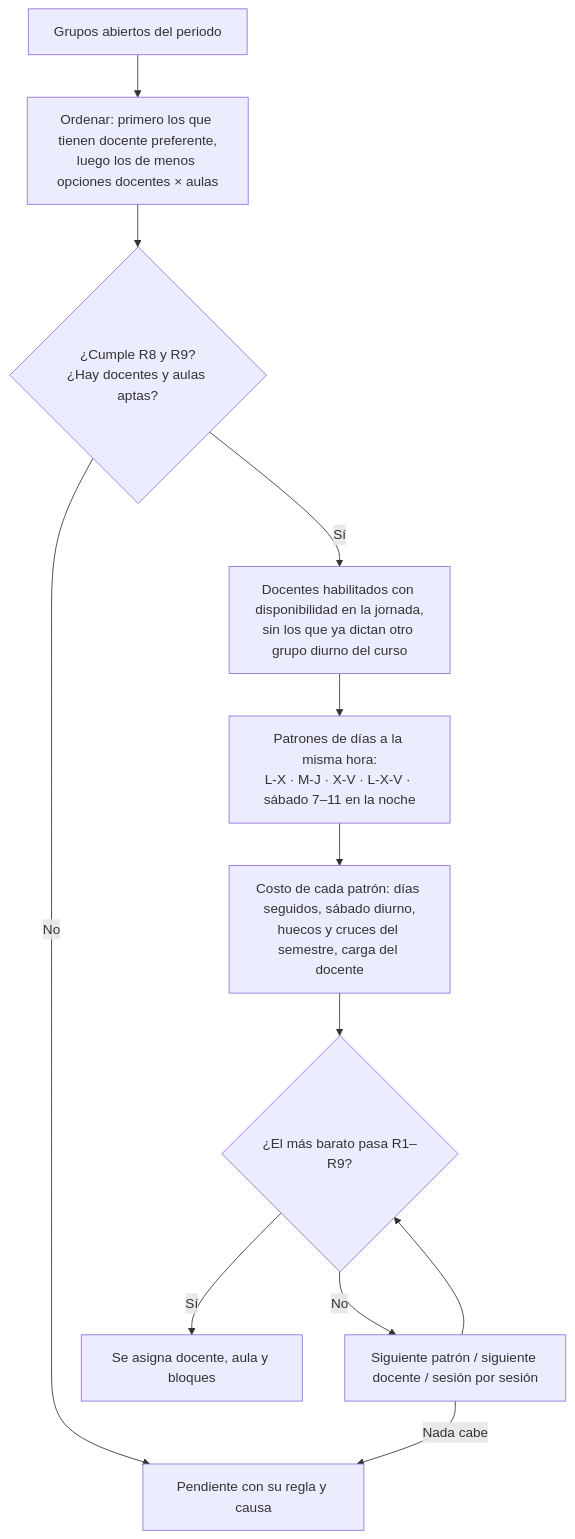
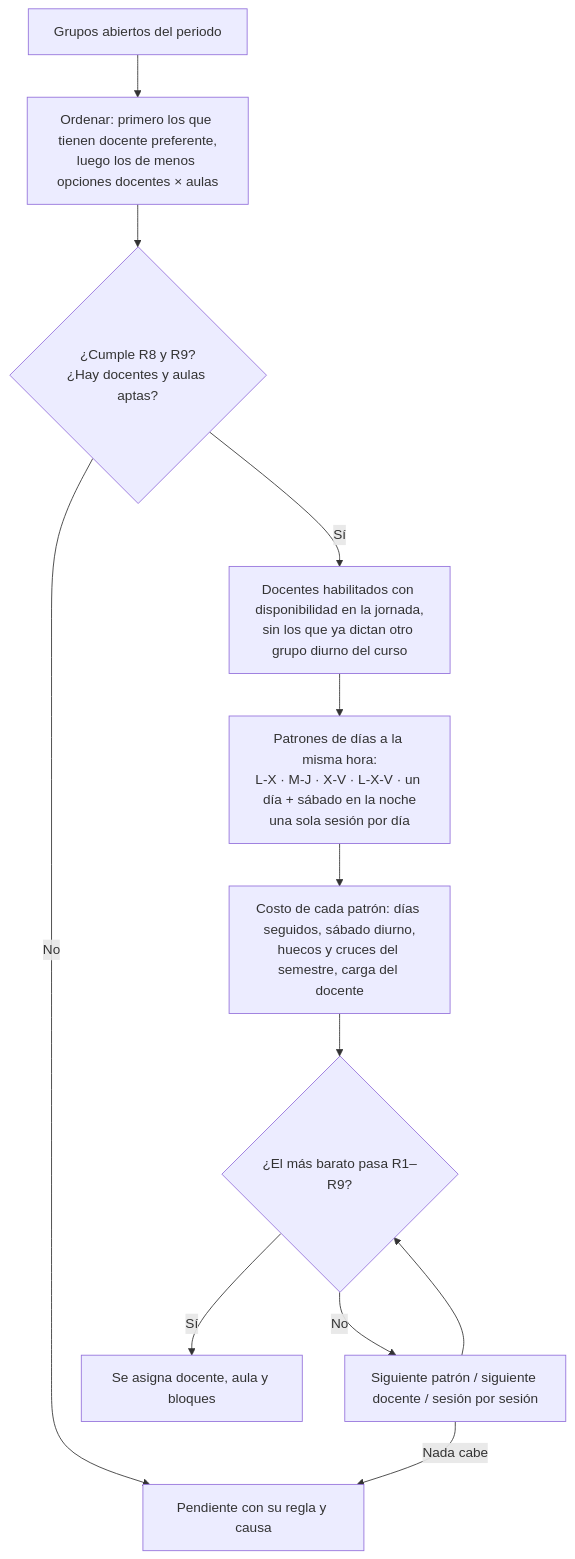
One commit to Chocax/horarios-ueb-prototipo-front changed the first of 2 diagrams in README.md. Above: the diagram before and after it, drawn with Mermaid. The commit also changed other lines of this file and 14 other files, not shown here.

````diff
--- a/README.md
+++ b/README.md
@@ -178,14 +181,14 @@
 ```mermaid
 flowchart TD
     A[Grupos abiertos del periodo] --> B[Ordenar: primero los que tienen docente preferente,<br>luego los de menos opciones docentes × aulas]
     B --> C{¿Cumple R8 y R9?<br>¿Hay docentes y aulas aptas?}
     C -- No --> P[Pendiente con su regla y causa]
     C -- Sí --> D[Docentes habilitados con disponibilidad en la jornada,<br>sin los que ya dictan otro grupo diurno del curso]
-    D --> E[Patrones de días a la misma hora:<br>L-X · M-J · X-V · L-X-V · sábado 7–11 en la noche]
+    D --> E[Patrones de días a la misma hora:<br>L-X · M-J · X-V · L-X-V · un día + sábado en la noche<br>una sola sesión por día]
     E --> F[Costo de cada patrón: días seguidos, sábado diurno,<br>huecos y cruces del semestre, carga del docente]
     F --> G{¿El más barato pasa R1–R9?}
     G -- Sí --> H[Se asigna docente, aula y bloques]
     G -- No --> I[Siguiente patrón / siguiente docente / sesión por sesión]
     I --> G
     I -- Nada cabe --> P
 ```
````
